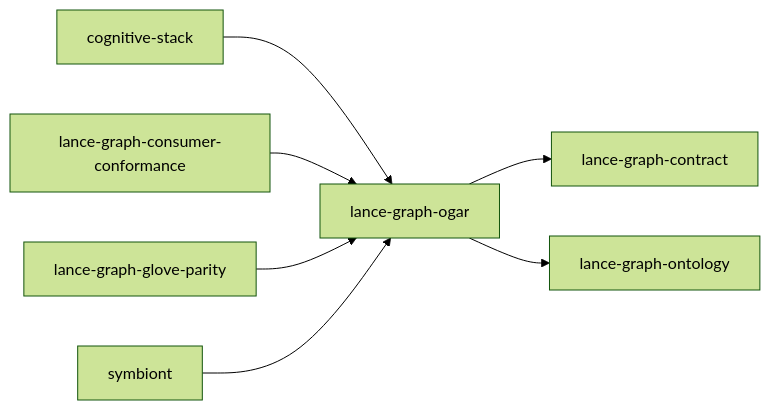
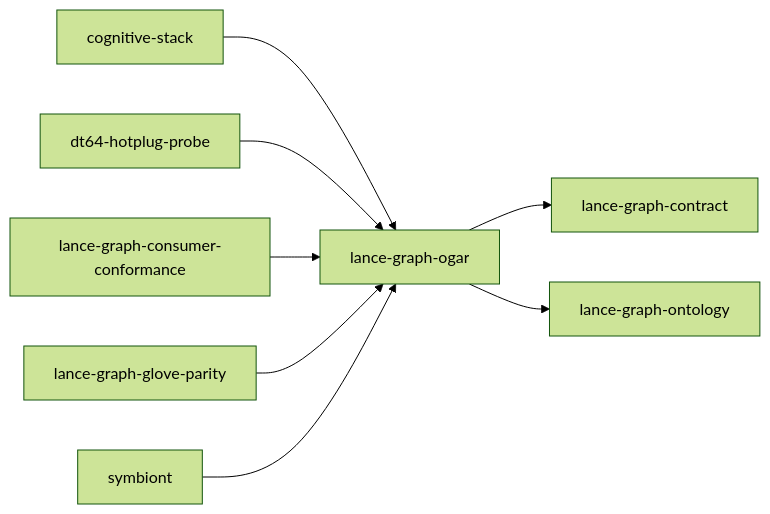
One commit to AdaWorldAPI/lance-graph changed the diagram in .codegraph/crates/lance-graph-ogar.index.md. Above: the diagram before and after it, drawn with Mermaid (forest theme). The commit also changed other lines of this file and 119 other files, not shown here.

````diff
--- a/.codegraph/crates/lance-graph-ogar.index.md
+++ b/.codegraph/crates/lance-graph-ogar.index.md
@@ -172,16 +173,18 @@
 ```mermaid
 flowchart LR
   n8["cognitive-stack"]
-  n39["lance-graph-consumer-conformance"]
-  n40["lance-graph-contract"]
-  n45["lance-graph-glove-parity"]
-  n52["lance-graph-ogar"]
-  n54["lance-graph-ontology"]
-  n84["symbiont"]
-  n8 --> n52
-  n39 --> n52
-  n45 --> n52
-  n52 --> n40
-  n52 --> n54
-  n84 --> n52
+  n19["dt64-hotplug-probe"]
+  n42["lance-graph-consumer-conformance"]
+  n43["lance-graph-contract"]
+  n48["lance-graph-glove-parity"]
+  n55["lance-graph-ogar"]
+  n57["lance-graph-ontology"]
+  n88["symbiont"]
+  n8 --> n55
+  n19 --> n55
+  n42 --> n55
+  n48 --> n55
+  n55 --> n43
+  n55 --> n57
+  n88 --> n55
 ```
````
